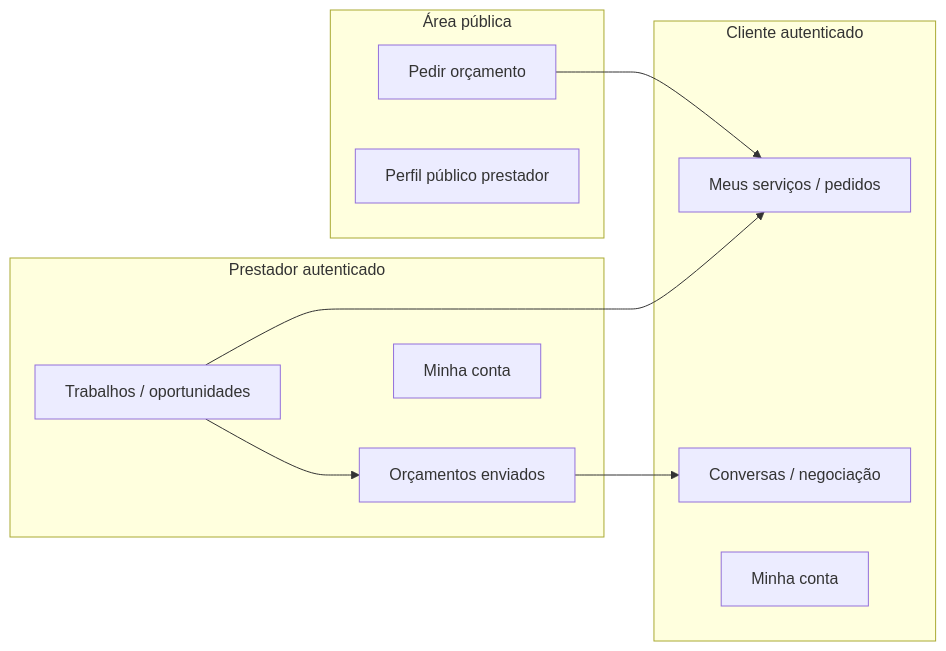
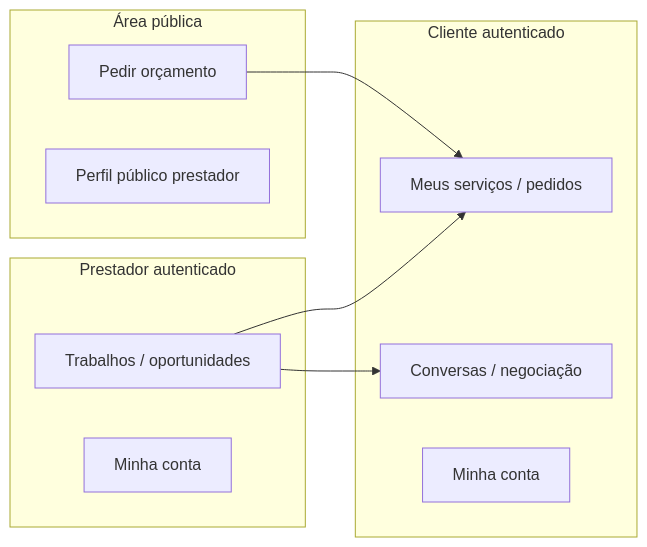
Before and after one commit to higorpo/renovi-orbit-test: the diagram in docs/business/01-visao-geral-da-renovi.md, drawn with Mermaid. The commit also changed other lines of this file and 61 other files, not shown here.

````diff
--- a/docs/business/01-visao-geral-da-renovi.md
+++ b/docs/business/01-visao-geral-da-renovi.md
@@ -11,21 +11,20 @@
 ```mermaid
 flowchart LR
   subgraph Publico["Área pública"]
     A[Pedir orçamento]
     B[Perfil público prestador]
   end
   subgraph Cliente["Cliente autenticado"]
     C[Meus serviços / pedidos]
     D[Conversas / negociação]
     E[Minha conta]
   end
   subgraph Prestador["Prestador autenticado"]
     F[Trabalhos / oportunidades]
-    G[Orçamentos enviados]
+    D[Conversas / negociação]
     H[Minha conta]
   end
   A --> C
-  F --> G
-  G --> D
+  F --> D
   F --> C
 ```
````
